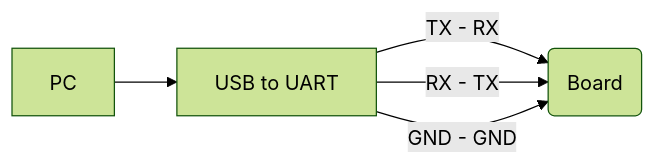
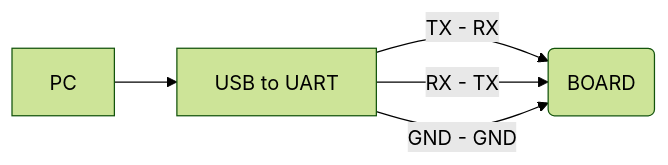
Before and after one commit to fatas07/make-your-own-pi: the diagram in README.md, drawn with Mermaid (forest theme). The commit also changed other lines of this file, not shown here.

````diff
--- a/README.md
+++ b/README.md
@@ -143,7 +154,7 @@
 ```mermaid
 graph LR
 0[PC] --> A[USB to UART]
-A -- TX - RX --> B(Board)
+A -- TX - RX --> B(BOARD)
 A -- RX - TX --> B
 A -- GND - GND --> B
 ```
````
